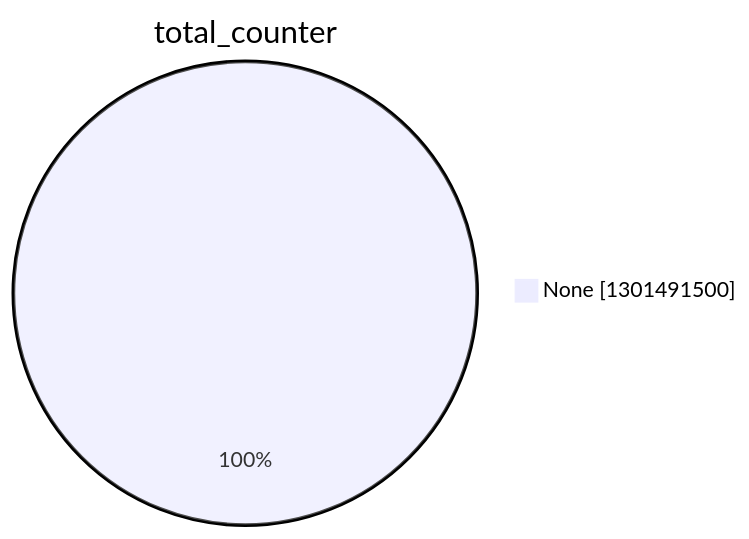
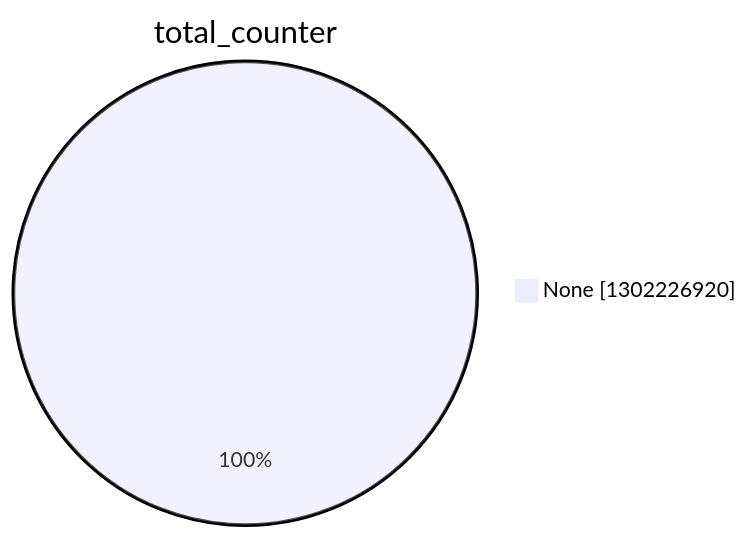
The second of 15 diagrams in argon2022/README.md (christiankrug/ctmonitor_visualization), drawn with Mermaid before and after one commit. The commit also changed other lines of this file, not shown here.

````diff
--- a/argon2022/README.md
+++ b/argon2022/README.md
@@ -9,5 +9,5 @@
 ```mermaid
 pie showData
 title total_counter
-"None" :1301491500
+"None" :1302226920
 ```
````
